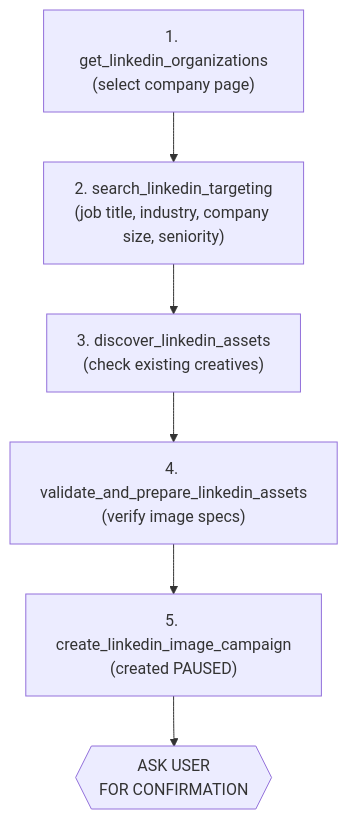
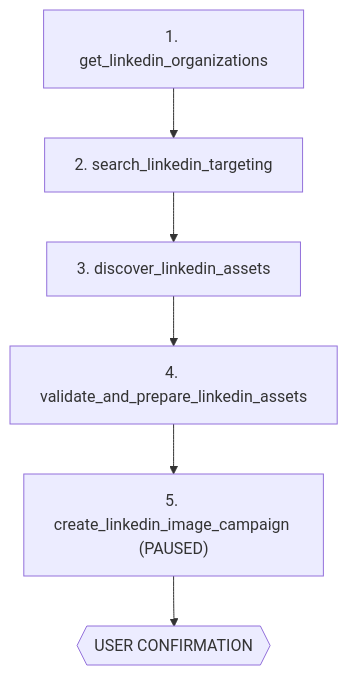
The fifth of 8 diagrams in agent-skills/workflows.mdx (Adspirer/docs), drawn with Mermaid before and after one commit. The commit also changed other lines of this file and 1 other file, not shown here.

First line of the commit message:
Fix Mermaid diagrams and restore plain-text tool sequences for LLM readability

````diff
--- a/agent-skills/workflows.mdx
+++ b/agent-skills/workflows.mdx
@@ -139,8 +189,8 @@
 ```mermaid
 flowchart TD
-    A["1. get_linkedin_organizations\n(select company page)"] --> B["2. search_linkedin_targeting\n(job title, industry, company size, seniority)"]
-    B --> C["3. discover_linkedin_assets\n(check existing creatives)"]
-    C --> D["4. validate_and_prepare_linkedin_assets\n(verify image specs)"]
-    D --> E["5. create_linkedin_image_campaign\n(created PAUSED)"]
-    E --> F{{"ASK USER\nFOR CONFIRMATION"}}
+    A["1. get_linkedin_organizations"] --> B["2. search_linkedin_targeting"]
+    B --> C["3. discover_linkedin_assets"]
+    C --> D["4. validate_and_prepare_linkedin_assets"]
+    D --> E["5. create_linkedin_image_campaign (PAUSED)"]
+    E --> F{{"USER CONFIRMATION"}}
 ```
````
